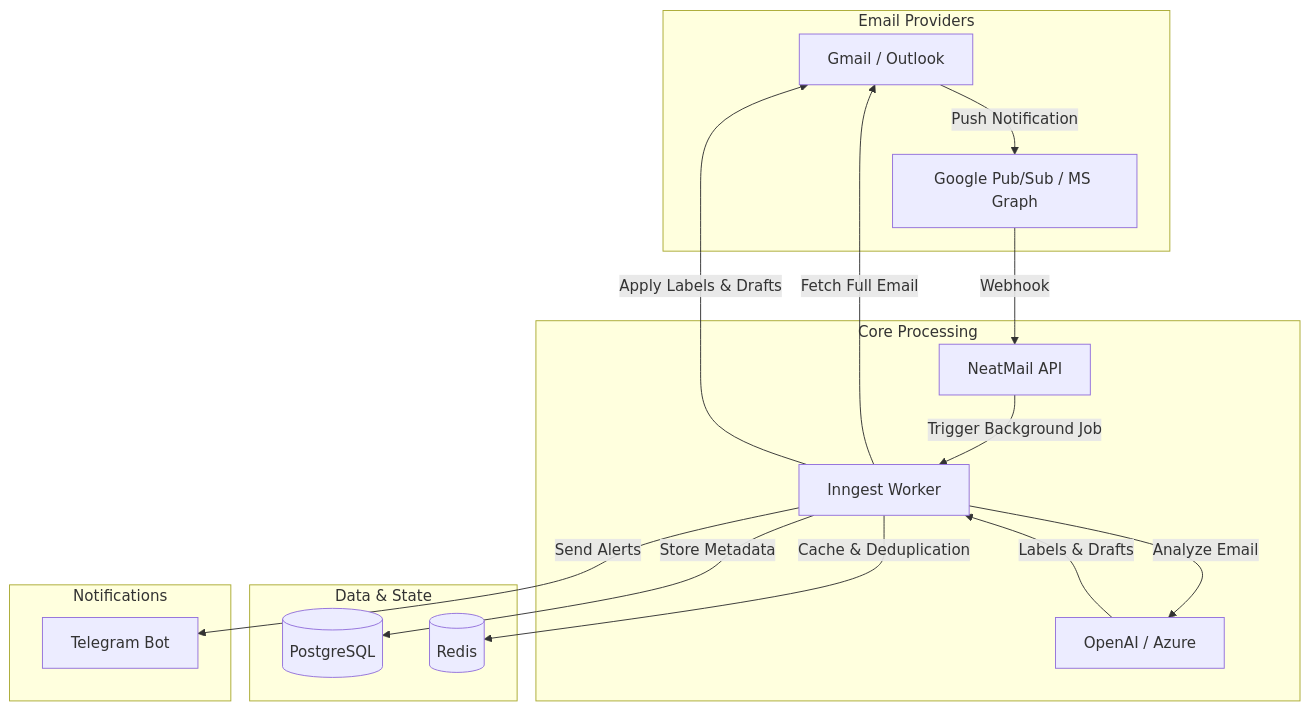
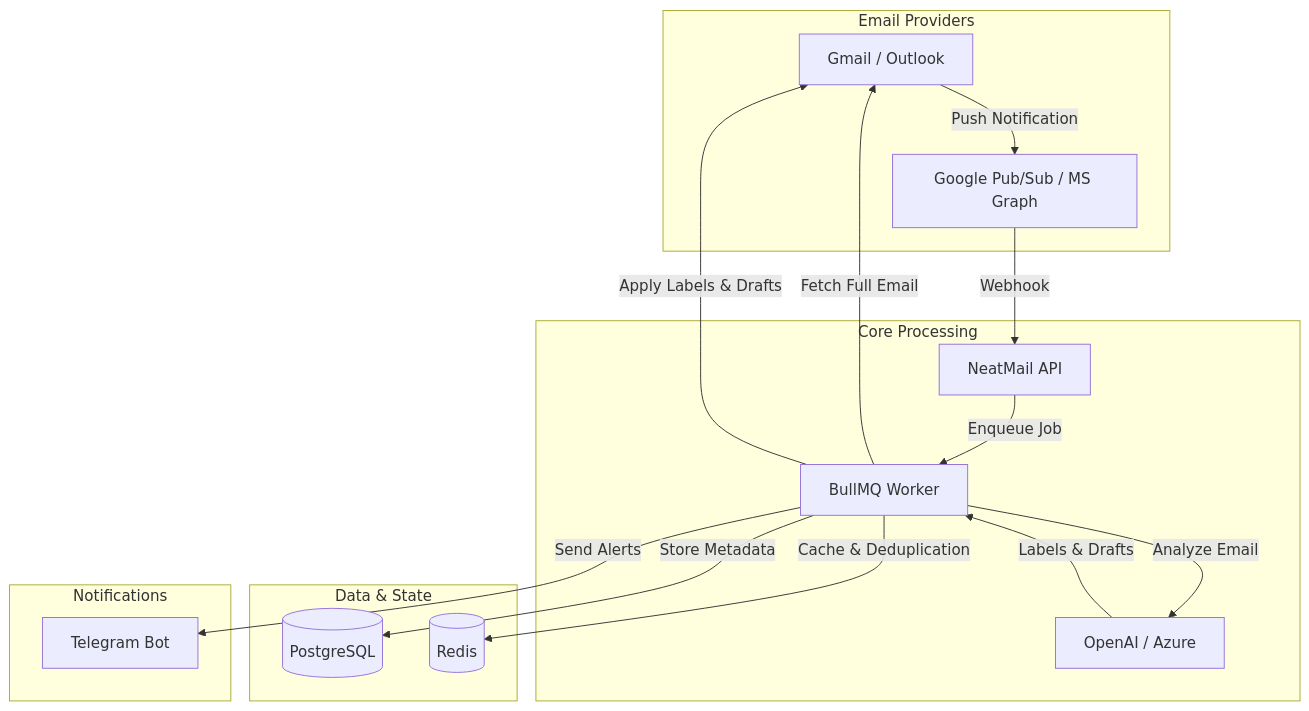
Before and after one commit to Lakshay1509/NeatMail: the diagram in README.md, drawn with Mermaid. The commit also changed other lines of this file and 2 other files, not shown here.

Commit message:
docs: update Inngest references to BullMQ across README, AGENTS.md, and tags.ts

````diff
--- a/README.md
+++ b/README.md
@@ -163,27 +163,27 @@
 ```mermaid
 graph TD
     subgraph Email Providers
         Inbox[Gmail / Outlook]
         PubSub[Google Pub/Sub / MS Graph]
     end
 
     Inbox -->|Push Notification| PubSub
     PubSub -->|Webhook| API[NeatMail API]
 
     subgraph Core Processing
-        API -->|Trigger Background Job| Inngest[Inngest Worker]
-        Inngest -->|Fetch Full Email| Inbox
-        Inngest -->|Analyze Email| AI[OpenAI / Azure]
-        AI -->|Labels & Drafts| Inngest
-        Inngest -->|Apply Labels & Drafts| Inbox
+        API -->|Enqueue Job| BullMQ[BullMQ Worker]
+        BullMQ -->|Fetch Full Email| Inbox
+        BullMQ -->|Analyze Email| AI[OpenAI / Azure]
+        AI -->|Labels & Drafts| BullMQ
+        BullMQ -->|Apply Labels & Drafts| Inbox
     end
 
     subgraph Data & State
-        Inngest -->|Store Metadata| DB[(PostgreSQL)]
-        Inngest -->|Cache & Deduplication| Redis[(Redis)]
+        BullMQ -->|Store Metadata| DB[(PostgreSQL)]
+        BullMQ -->|Cache & Deduplication| Redis[(Redis)]
     end
 
     subgraph Notifications
-        Inngest -->|Send Alerts| Telegram[Telegram Bot]
+        BullMQ -->|Send Alerts| Telegram[Telegram Bot]
     end
 ```
````
